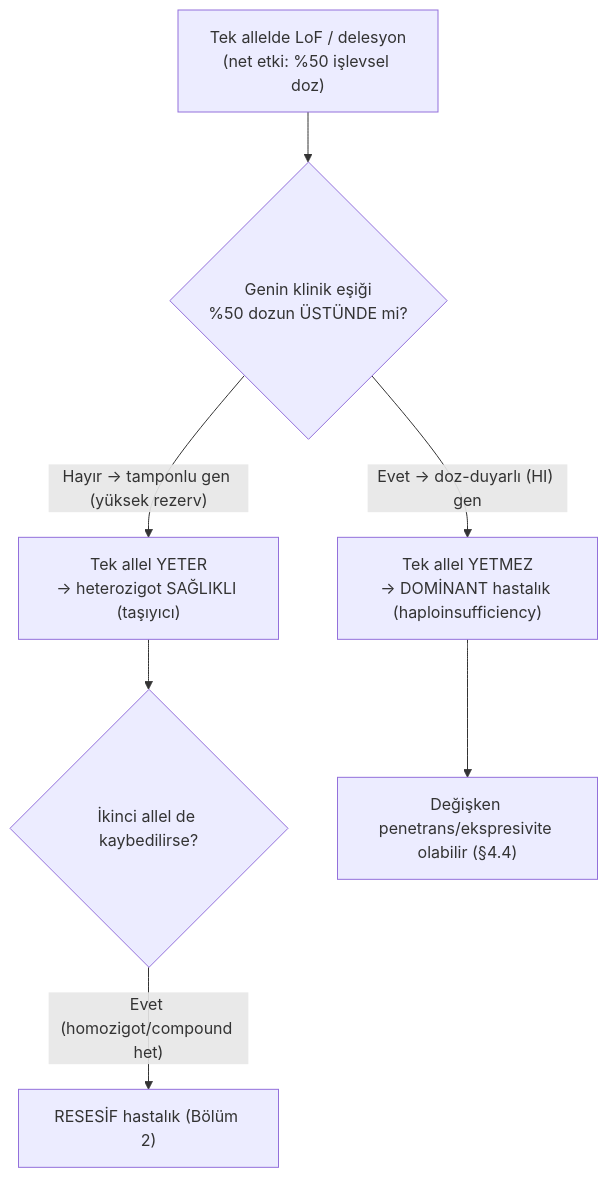
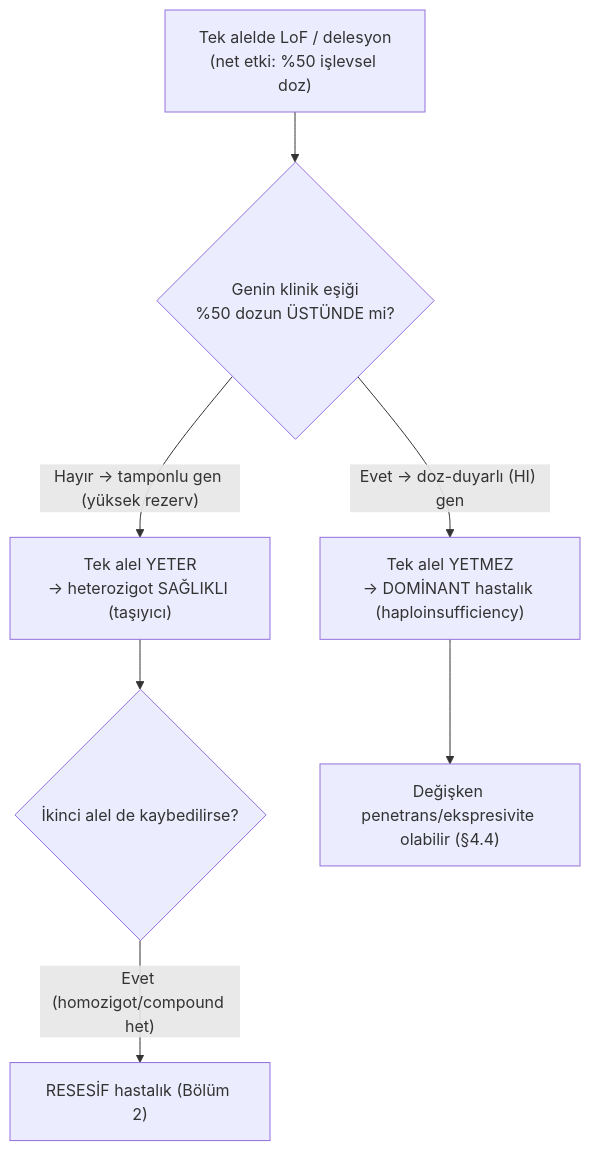
The first of 3 diagrams in Bölüm_03_Haploinsufficiency.md (MDKalenderoglu/Mekanizma_Kitab-), drawn with Mermaid before and after one commit. The commit also changed other lines of this file and 21 other files, not shown here.

````diff
--- a/Bölüm_03_Haploinsufficiency.md
+++ b/Bölüm_03_Haploinsufficiency.md
@@ -122,9 +122,9 @@
 ```mermaid
 flowchart TD
-  A["Tek allelde LoF / delesyon<br/>(net etki: %50 işlevsel doz)"] --> B{"Genin klinik eşiği<br/>%50 dozun ÜSTÜNDE mi?"}
-  B -->|"Evet → doz-duyarlı (HI) gen"| C["Tek allel YETMEZ<br/>→ DOMİNANT hastalık (haploinsufficiency)"]
-  B -->|"Hayır → tamponlu gen (yüksek rezerv)"| D["Tek allel YETER<br/>→ heterozigot SAĞLIKLI (taşıyıcı)"]
-  D --> E{"İkinci allel de kaybedilirse?"}
+  A["Tek alelde LoF / delesyon<br/>(net etki: %50 işlevsel doz)"] --> B{"Genin klinik eşiği<br/>%50 dozun ÜSTÜNDE mi?"}
+  B -->|"Evet → doz-duyarlı (HI) gen"| C["Tek alel YETMEZ<br/>→ DOMİNANT hastalık (haploinsufficiency)"]
+  B -->|"Hayır → tamponlu gen (yüksek rezerv)"| D["Tek alel YETER<br/>→ heterozigot SAĞLIKLI (taşıyıcı)"]
+  D --> E{"İkinci alel de kaybedilirse?"}
   E -->|"Evet (homozigot/compound het)"| F["RESESİF hastalık (Bölüm 2)"]
   C --> G["Değişken penetrans/ekspresivite olabilir (§4.4)"]
 ```
````
